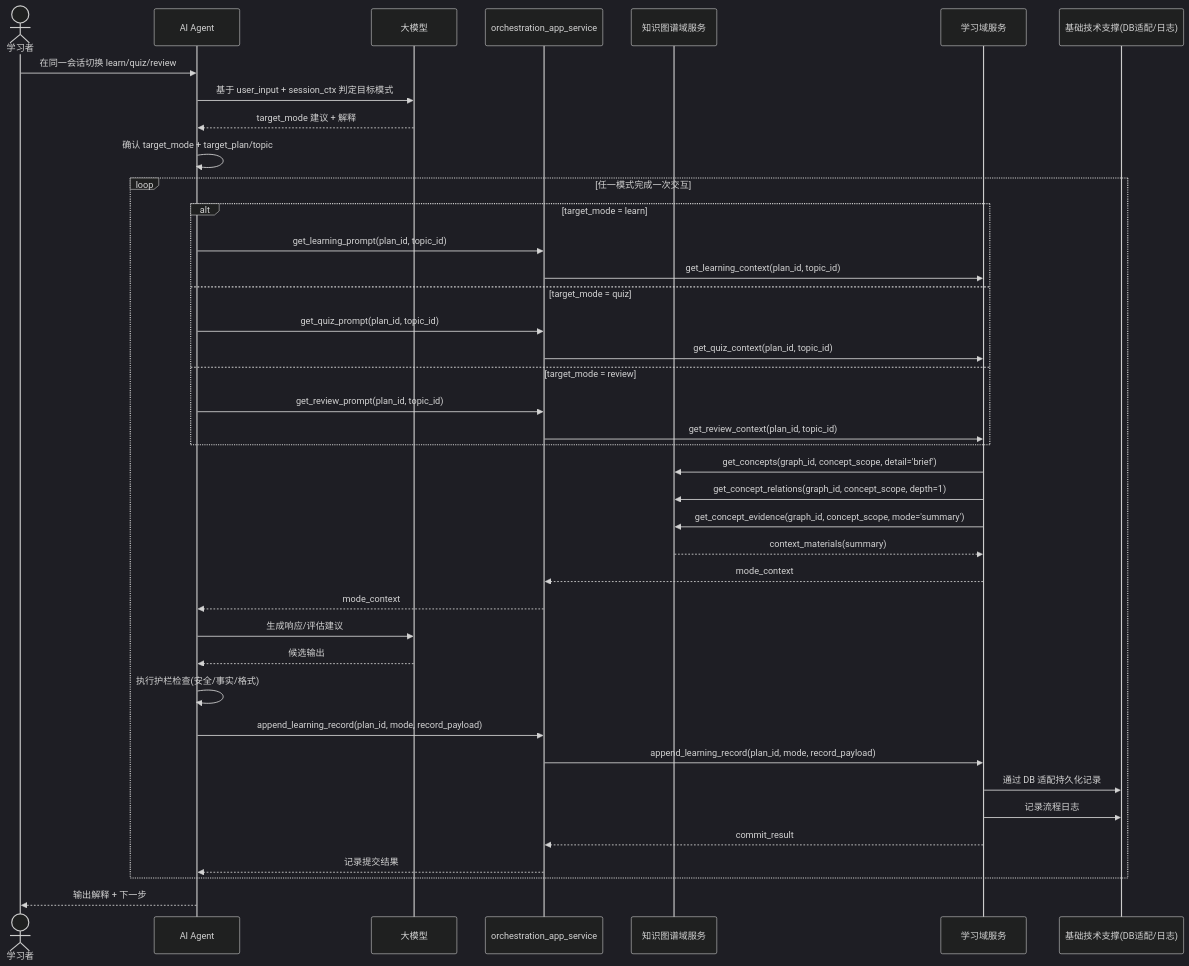
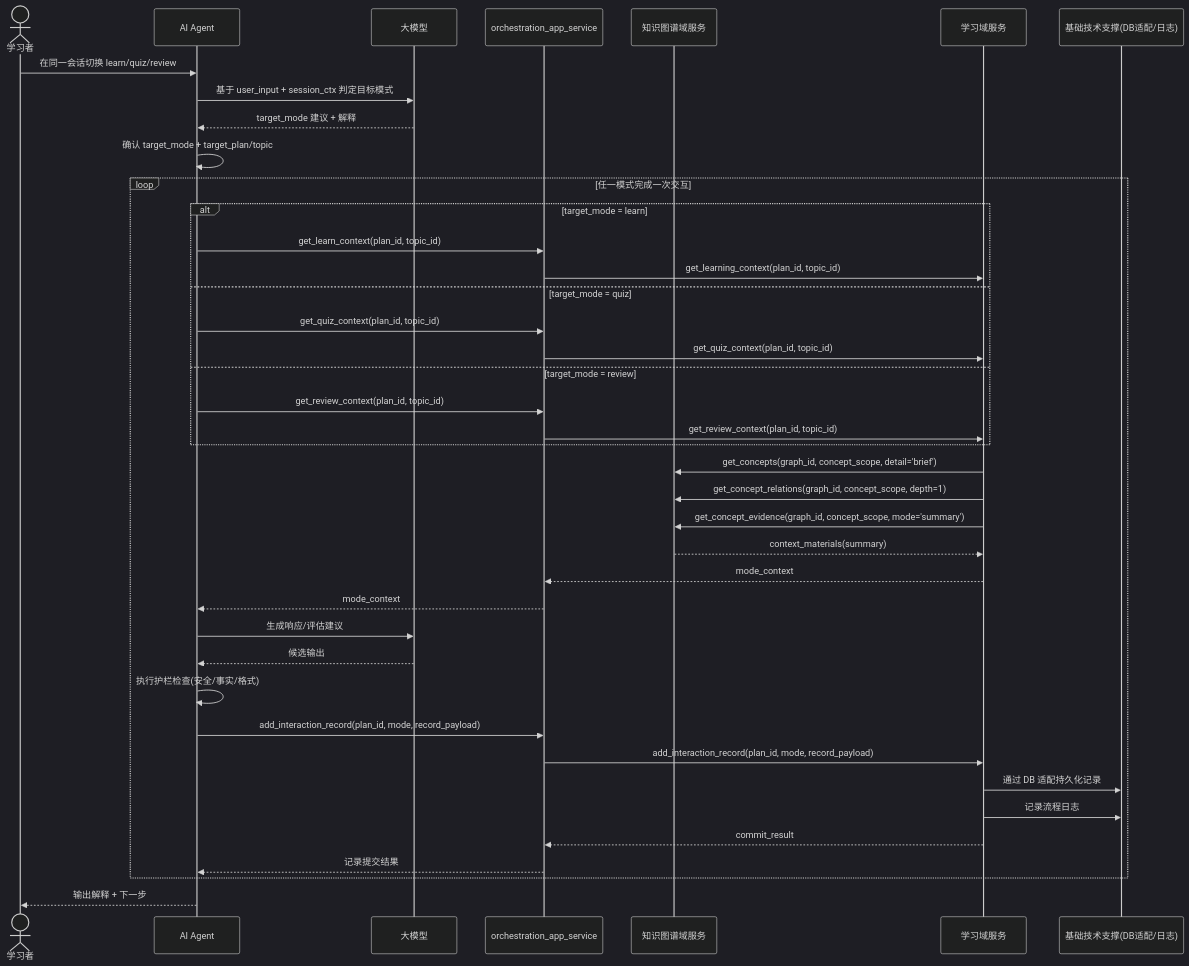
The sixth of 7 diagrams in docs/architecture-design.md (alavten/learn-socratic), drawn with Mermaid (dark theme) before and after one commit. The commit also changed other lines of this file and 80 other files, not shown here.

````diff
--- a/docs/architecture-design.md
+++ b/docs/architecture-design.md
@@ -253,43 +253,43 @@
 ```mermaid
 sequenceDiagram
   actor User as 学习者
   participant Agent as AI Agent
   participant LLM as 大模型
   participant Orchestrator as orchestration_app_service
   participant KG as 知识图谱域服务
   participant Learning as 学习域服务
   participant Foundation as 基础技术支撑(DB适配/日志)
 
   User->>Agent: 在同一会话切换 learn/quiz/review
   Agent->>LLM: 基于 user_input + session_ctx 判定目标模式
   LLM-->>Agent: target_mode 建议 + 解释
   Agent->>Agent: 确认 target_mode + target_plan/topic
   loop 任一模式完成一次交互
     alt target_mode = learn
-      Agent->>Orchestrator: get_learning_prompt(plan_id, topic_id)
+      Agent->>Orchestrator: get_learn_context(plan_id, topic_id)
       Orchestrator->>Learning: get_learning_context(plan_id, topic_id)
     else target_mode = quiz
-      Agent->>Orchestrator: get_quiz_prompt(plan_id, topic_id)
+      Agent->>Orchestrator: get_quiz_context(plan_id, topic_id)
       Orchestrator->>Learning: get_quiz_context(plan_id, topic_id)
     else target_mode = review
-      Agent->>Orchestrator: get_review_prompt(plan_id, topic_id)
+      Agent->>Orchestrator: get_review_context(plan_id, topic_id)
       Orchestrator->>Learning: get_review_context(plan_id, topic_id)
     end
     Learning->>KG: get_concepts(graph_id, concept_scope, detail='brief')
     Learning->>KG: get_concept_relations(graph_id, concept_scope, depth=1)
     Learning->>KG: get_concept_evidence(graph_id, concept_scope, mode='summary')
     KG-->>Learning: context_materials(summary)
     Learning-->>Orchestrator: mode_context
     Orchestrator-->>Agent: mode_context
     Agent->>LLM: 生成响应/评估建议
     LLM-->>Agent: 候选输出
     Agent->>Agent: 执行护栏检查(安全/事实/格式)
-    Agent->>Orchestrator: append_learning_record(plan_id, mode, record_payload)
-    Orchestrator->>Learning: append_learning_record(plan_id, mode, record_payload)
+    Agent->>Orchestrator: add_interaction_record(plan_id, mode, record_payload)
+    Orchestrator->>Learning: add_interaction_record(plan_id, mode, record_payload)
     Learning->>Foundation: 通过 DB 适配持久化记录
     Learning->>Foundation: 记录流程日志
     Learning-->>Orchestrator: commit_result
     Orchestrator-->>Agent: 记录提交结果
   end
   Agent-->>User: 输出解释 + 下一步
 ```
````
